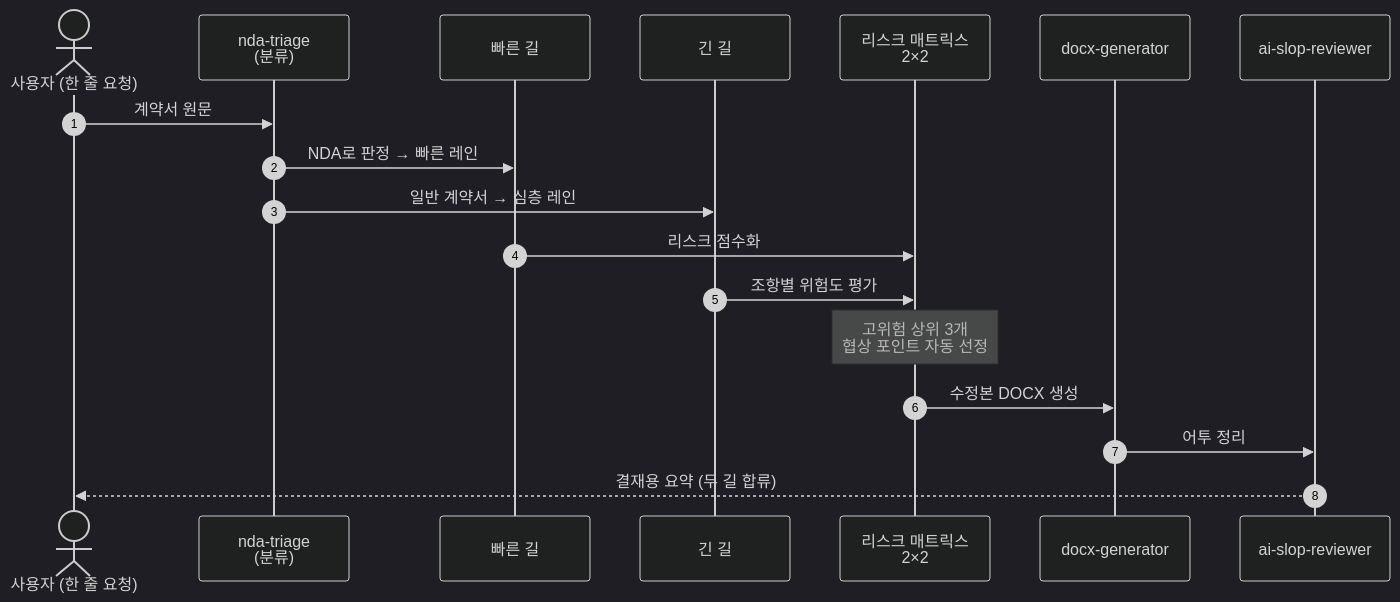
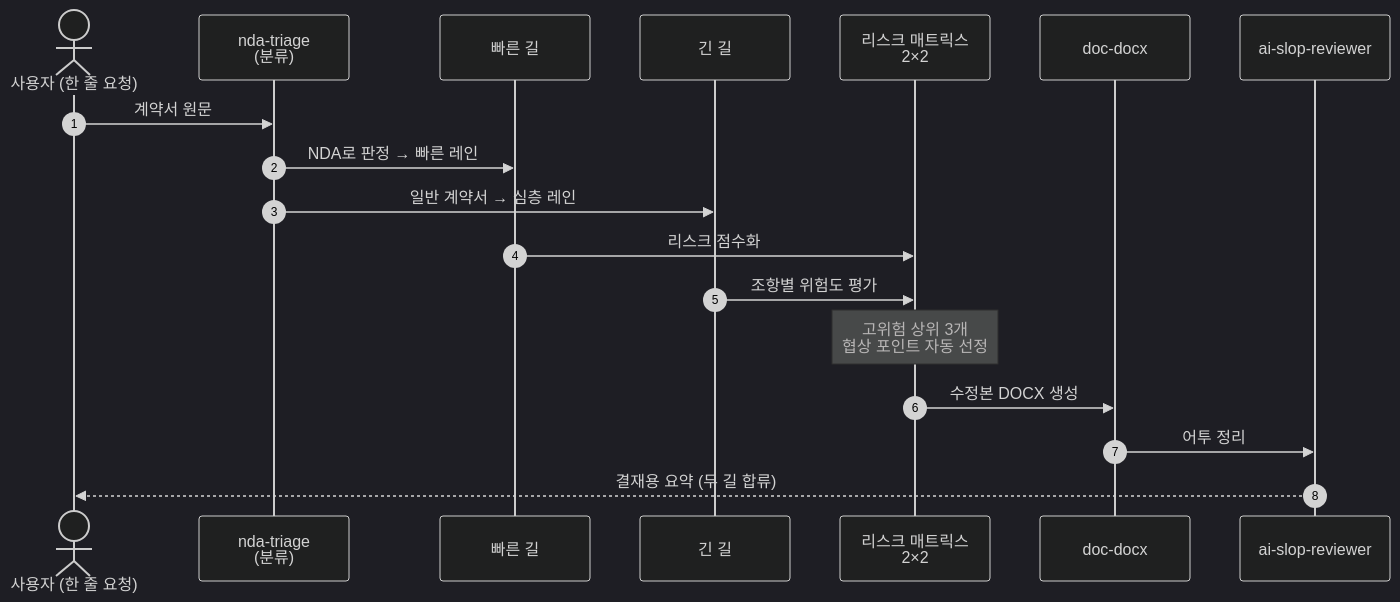
Before and after one commit to modu-ai/cowork-plugins: the second of 6 diagrams in www/content/cookbook/contract-review.md, drawn with Mermaid (dark theme). The commit also changed other lines of this file and 45 other files, not shown here.

First line of the commit message:
docs(www): 스킬명 정합 + 깨진 링크 수정 + mermaid 보강

````diff
--- a/www/content/cookbook/contract-review.md
+++ b/www/content/cookbook/contract-review.md
@@ -38,21 +38,21 @@
 ```mermaid
 sequenceDiagram
    autonumber
    actor U as 사용자 (한 줄 요청)
    participant T as nda-triage<br/>(분류)
    participant F as 빠른 길
    participant G as 긴 길
    participant M as 리스크 매트릭스<br/>2×2
-   participant D as docx-generator
+   participant D as doc-docx
    participant A as ai-slop-reviewer
 
    U->>T: 계약서 원문
    T->>F: NDA로 판정 → 빠른 레인
    T->>G: 일반 계약서 → 심층 레인
    F->>M: 리스크 점수화
    G->>M: 조항별 위험도 평가
    Note over M: 고위험 상위 3개<br/>협상 포인트 자동 선정
    M->>D: 수정본 DOCX 생성
    D->>A: 어투 정리
    A-->>U: 결재용 요약 (두 길 합류)
 ```
````
